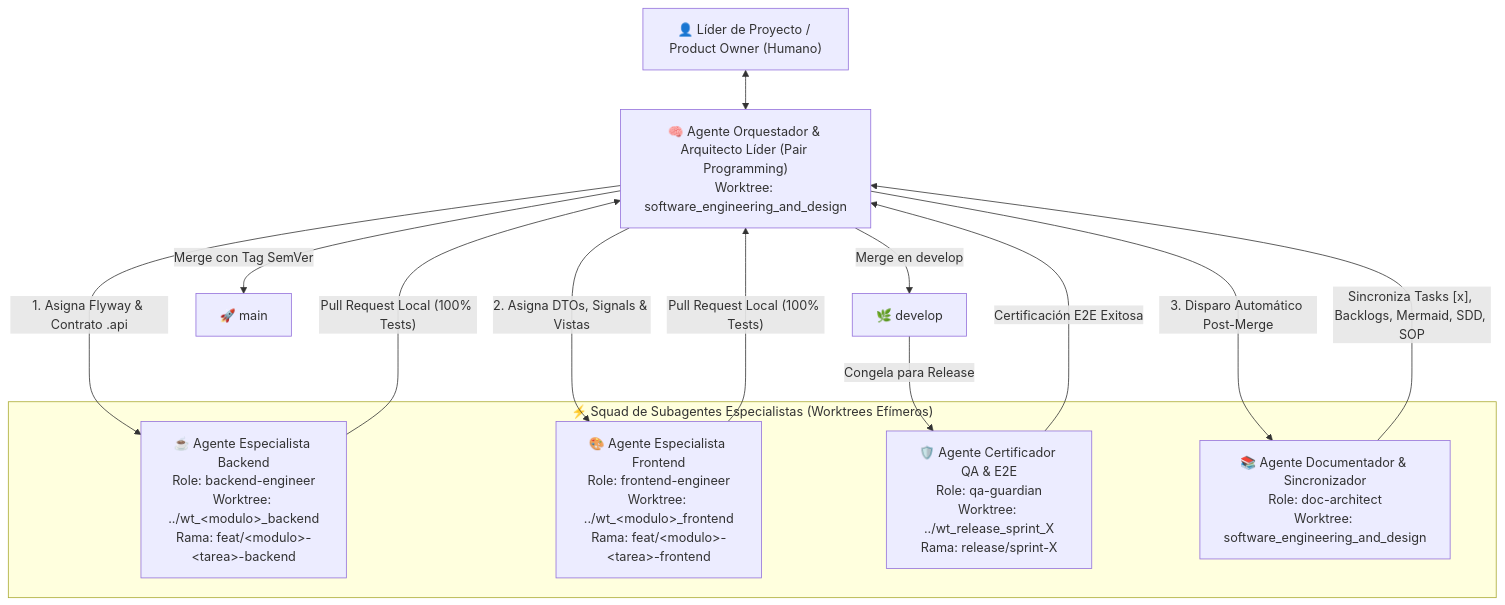
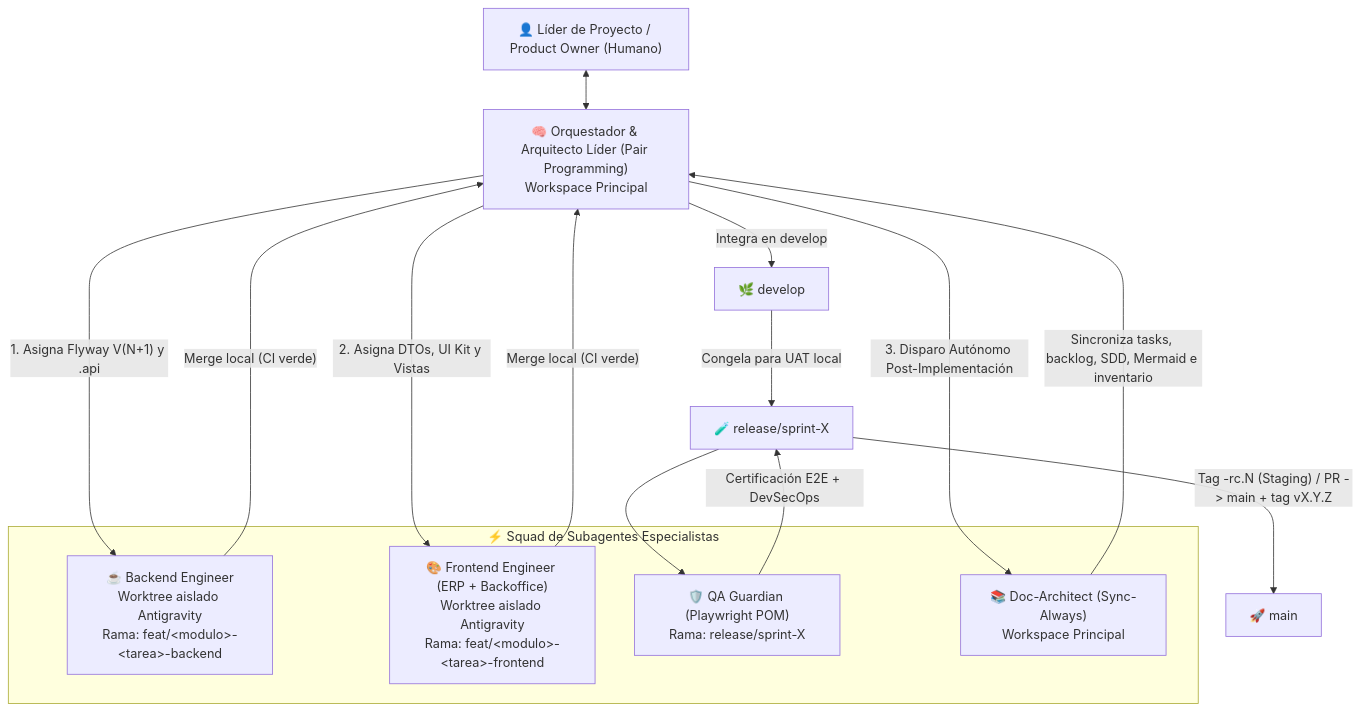
The first of 2 diagrams in .agents/rules/multi-agent-squad-protocol.md (vakajose/gestion-restaurante), drawn with Mermaid before and after one commit. The commit also changed other lines of this file and 156 other files, not shown here.

First line of the commit message:
docs(sdd,obsidian,manuals,qa): complete TASK-613 documentation audit, client guides, ADR-0030..0033 and backlog sync

````diff
--- a/.agents/rules/multi-agent-squad-protocol.md
+++ b/.agents/rules/multi-agent-squad-protocol.md
@@ -11,24 +9,25 @@
 ```mermaid
 flowchart TD
     User["👤 Líder de Proyecto / Product Owner (Humano)"]
-    Master["🧠 Agente Orquestador & Arquitecto Líder (Pair Programming)<br/>Worktree: software_engineering_and_design"]
+    Master["🧠 Orquestador & Arquitecto Líder (Pair Programming)<br/>Workspace Principal"]
 
-    subgraph Squad["⚡ Squad de Subagentes Especialistas (Worktrees Efímeros)"]
-        BackendAgent["☕ Agente Especialista Backend<br/>Role: backend-engineer<br/>Worktree: ../wt_&lt;modulo&gt;_backend<br/>Rama: feat/&lt;modulo&gt;-&lt;tarea&gt;-backend"]
-        FrontendAgent["🎨 Agente Especialista Frontend<br/>Role: frontend-engineer<br/>Worktree: ../wt_&lt;modulo&gt;_frontend<br/>Rama: feat/&lt;modulo&gt;-&lt;tarea&gt;-frontend"]
-        QAAgent["🛡️ Agente Certificador QA & E2E<br/>Role: qa-guardian<br/>Worktree: ../wt_release_sprint_X<br/>Rama: release/sprint-X"]
-        DocAgent["📚 Agente Documentador & Sincronizador<br/>Role: doc-architect<br/>Worktree: software_engineering_and_design"]
+    subgraph Squad["⚡ Squad de Subagentes Especialistas"]
+        BackendAgent["☕ Backend Engineer<br/>Worktree aislado Antigravity<br/>Rama: feat/&lt;modulo&gt;-&lt;tarea&gt;-backend"]
+        FrontendAgent["🎨 Frontend Engineer (ERP + Backoffice)<br/>Worktree aislado Antigravity<br/>Rama: feat/&lt;modulo&gt;-&lt;tarea&gt;-frontend"]
+        QAAgent["🛡️ QA Guardian (Playwright POM)<br/>Rama: release/sprint-X"]
+        DocAgent["📚 Doc-Architect (Sync-Always)<br/>Workspace Principal"]
     end
 
     User <--> Master
-    Master -->|"1. Asigna Flyway & Contrato .api"| BackendAgent
-    Master -->|"2. Asigna DTOs, Signals & Vistas"| FrontendAgent
-    BackendAgent -->|"Pull Request Local (100% Tests)"| Master
-    FrontendAgent -->|"Pull Request Local (100% Tests)"| Master
-    Master -->|"Merge en develop"| DevelopBranch["🌿 develop"]
-    Master -->|"3. Disparo Automático Post-Merge"| DocAgent
-    DocAgent -->|"Sincroniza Tasks [x], Backlogs, Mermaid, SDD, SOP"| Master
-    DevelopBranch -->|"Congela para Release"| QAAgent
-    QAAgent -->|"Certificación E2E Exitosa"| Master
-    Master -->|"Merge con Tag SemVer"| MainBranch["🚀 main"]
+    Master -->|"1. Asigna Flyway V(N+1) y .api"| BackendAgent
+    Master -->|"2. Asigna DTOs, UI Kit y Vistas"| FrontendAgent
+    BackendAgent -->|"Merge local (CI verde)"| Master
+    FrontendAgent -->|"Merge local (CI verde)"| Master
+    Master -->|"Integra en develop"| DevelopBranch["🌿 develop"]
+    Master -->|"3. Disparo Autónomo Post-Implementación"| DocAgent
+    DocAgent -->|"Sincroniza tasks, backlog, SDD, Mermaid e inventario"| Master
+    DevelopBranch -->|"Congela para UAT local"| ReleaseBranch["🧪 release/sprint-X"]
+    ReleaseBranch --> QAAgent
+    QAAgent -->|"Certificación E2E + DevSecOps"| ReleaseBranch
+    ReleaseBranch -->|"Tag -rc.N (Staging) / PR -> main + tag vX.Y.Z"| MainBranch["🚀 main"]
 ```
````
